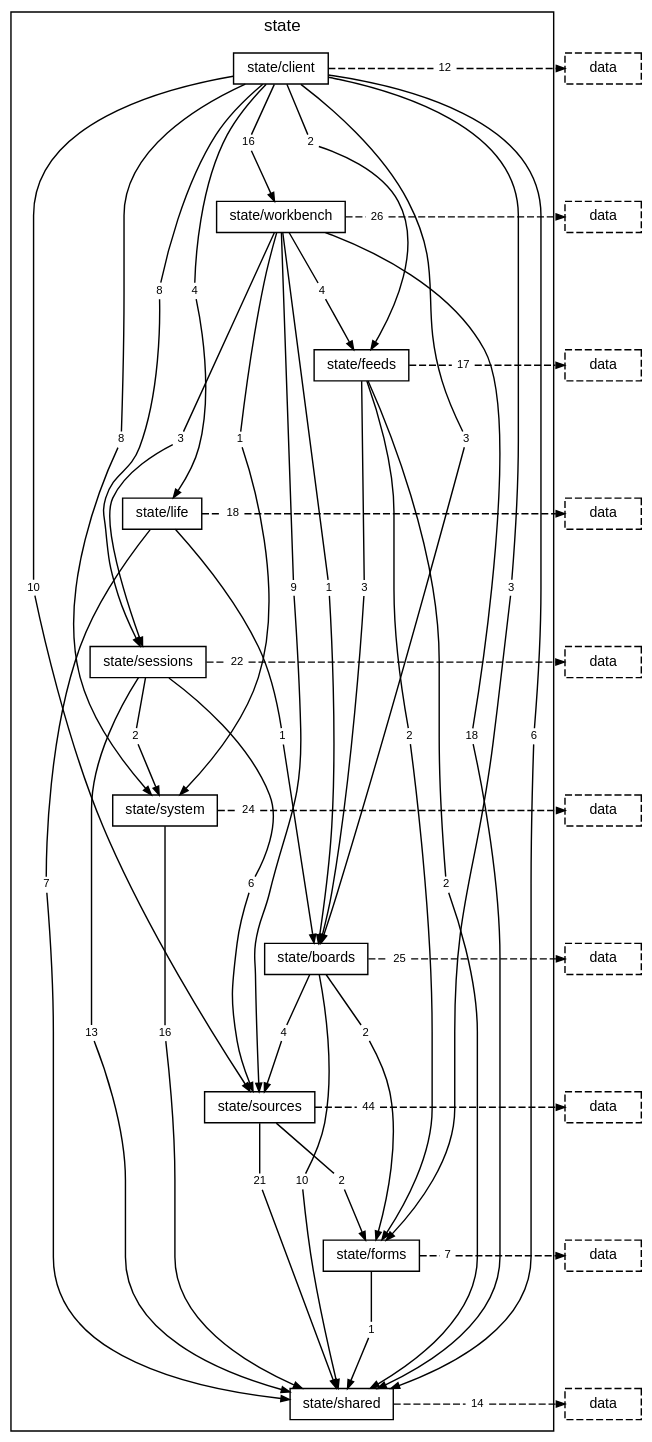
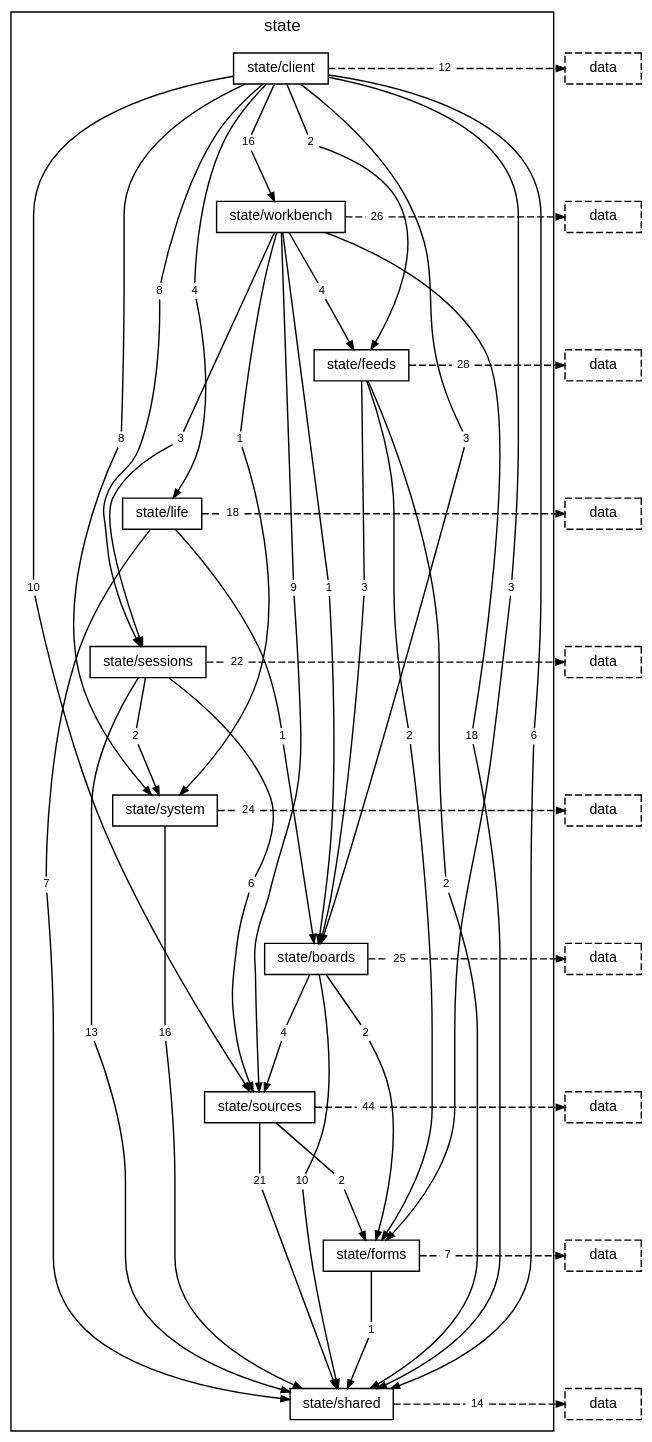
One commit to TheAxeC/oculus changed the diagram in docs/diagrams/layer-state.dot. Above: the diagram before and after it, drawn with Graphviz. The commit also changed 86 other files, not shown here.

```diff
--- a/docs/diagrams/layer-state.dot
+++ b/docs/diagrams/layer-state.dot
@@ -34,7 +34,7 @@
         "folder state/feeds to folder state/boards" [label="3", shape=box, color="transparent", fontsize=8, width=0, height=0, margin="0.04,0.02"];
         "folder state/feeds to folder state/forms" [label="2", shape=box, color="transparent", fontsize=8, width=0, height=0, margin="0.04,0.02"];
         "folder state/feeds to folder state/shared" [label="2", shape=box, color="transparent", fontsize=8, width=0, height=0, margin="0.04,0.02"];
-        "folder state/feeds to layer data" [label="17", shape=box, color="transparent", fontsize=8, width=0, height=0, margin="0.04,0.02"];
+        "folder state/feeds to layer data" [label="28", shape=box, color="transparent", fontsize=8, width=0, height=0, margin="0.04,0.02"];
         "folder state/life to folder state/boards" [label="1", shape=box, color="transparent", fontsize=8, width=0, height=0, margin="0.04,0.02"];
         "folder state/life to folder state/shared" [label="7", shape=box, color="transparent", fontsize=8, width=0, height=0, margin="0.04,0.02"];
         "folder state/life to layer data" [label="18", shape=box, color="transparent", fontsize=8, width=0, height=0, margin="0.04,0.02"];
```
